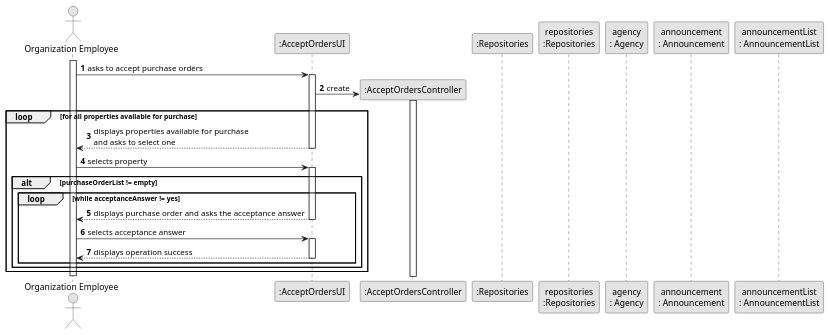
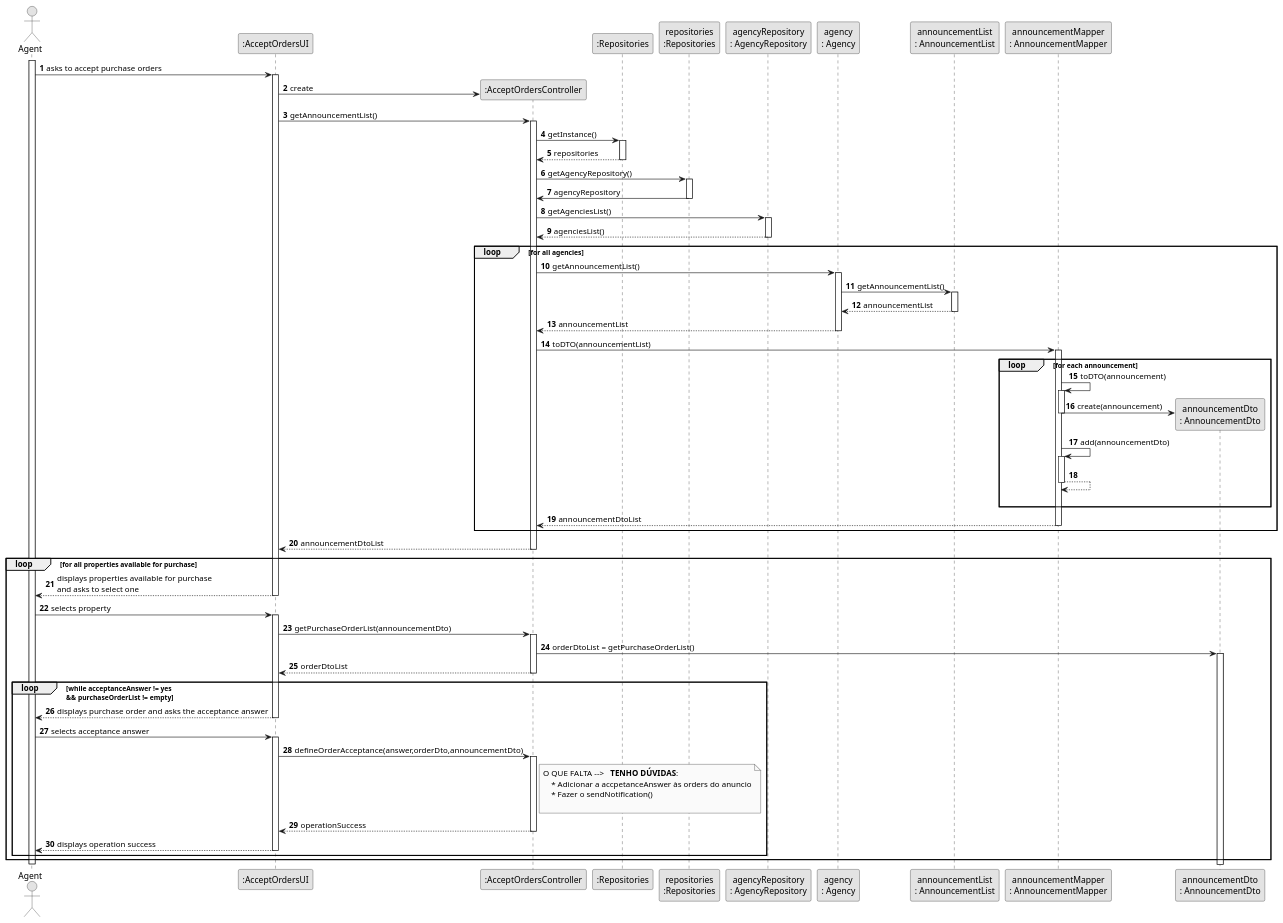
Before and after one commit to rita-barbosa/LAPR2-2223: the diagram in docs/sprintC/us011/03.design/puml/us011-sequence-diagram-full.puml, drawn with PlantUML.

Commit message:
Update sequence diagram: full [US011][Design]

```diff
--- a/docs/sprintC/us011/03.design/puml/us011-sequence-diagram-full.puml
+++ b/docs/sprintC/us011/03.design/puml/us011-sequence-diagram-full.puml
@@ -1,55 +1,143 @@
 @startuml
 skinparam monochrome true
 skinparam packageStyle rectangle
 skinparam shadowing false
 
 autonumber
 
 'hide footbox
-actor "Organization Employee" as ADM
+actor "Agent" as ADM
 participant ":AcceptOrdersUI" as UI
 participant ":AcceptOrdersController" as CTRL
 participant ":Repositories" as RepositorySingleton
 participant "repositories\n:Repositories" as PLAT
+participant "agencyRepository\n: AgencyRepository" as AgRep
 participant "agency\n: Agency" as AGENCY
-participant "announcement\n: Announcement" as ANNOUNC
-participant "announcementList\n: AnnouncementList"
+participant "announcementList\n: AnnouncementList" as AnnList
+participant "announcementMapper\n: AnnouncementMapper" as AnnMAPPER
+participant "announcementDto\n: AnnouncementDto" as AnnDTO
 
 activate ADM
     ADM -> UI : asks to accept purchase orders
     activate UI
 
     UI -> CTRL** : create
+
+    UI -> CTRL : getAnnouncementList()
     activate CTRL
+
+    CTRL -> RepositorySingleton : getInstance()
+    activate RepositorySingleton
+
+    RepositorySingleton --> CTRL : repositories
+    deactivate RepositorySingleton
+
+     CTRL -> PLAT :  getAgencyRepository()
+     activate PLAT
+
+     PLAT -> CTRL : agencyRepository
+     deactivate PLAT
+
+     CTRL-> AgRep : getAgenciesList()
+     activate AgRep
+
+     AgRep --> CTRL : agenciesList()
+     deactivate AgRep
+
+     loop for all agencies
+     CTRL -> AGENCY :  getAnnouncementList()
+     activate AGENCY
+
+     AGENCY -> AnnList : getAnnouncementList()
+     activate AnnList
+
+     AnnList --> AGENCY: announcementList
+     deactivate AnnList
+
+     AGENCY --> CTRL: announcementList
+     deactivate AGENCY
+
+     CTRL -> AnnMAPPER : toDTO(announcementList)
+     activate AnnMAPPER
+
+     loop for each announcement
+
+     AnnMAPPER -> AnnMAPPER : toDTO(announcement)
+     activate AnnMAPPER
+
+     AnnMAPPER -> AnnDTO**: create(announcement)
+    deactivate AnnMAPPER
+
+
+     AnnMAPPER -> AnnMAPPER: add(announcementDto)
+     activate AnnMAPPER
+     AnnMAPPER --> AnnMAPPER:
+     deactivate AnnMAPPER
+     |||
+     end loop
+
+     AnnMAPPER --> CTRL : announcementDtoList
+     deactivate AnnMAPPER
+
+     end loop
+
+    CTRL --> UI: announcementDtoList
+    deactivate CTRL
+
+
+
+
+
 
 
 
     loop for all properties available for purchase
 
     UI --> ADM : displays properties available for purchase \nand asks to select one
     deactivate UI
 
     ADM -> UI : selects property
     activate UI
 
-    alt purchaseOrderList != empty
-    loop while acceptanceAnswer != yes
+    UI -> CTRL: getPurchaseOrderList(announcementDto)
+    activate CTRL
+
+    CTRL -> AnnDTO : orderDtoList = getPurchaseOrderList()
+    activate AnnDTO
+
+
+
+
+    CTRL --> UI: orderDtoList
+    deactivate CTRL
+
+    loop while acceptanceAnswer != yes \n&& purchaseOrderList != empty
 
     UI -->  ADM: displays purchase order and asks the acceptance answer
     deactivate UI
 
     ADM -> UI  : selects acceptance answer
     activate UI
 
+    UI -> CTRL : defineOrderAcceptance(answer,orderDto,announcementDto)
+    activate CTRL
+        note right CTRL
+        O QUE FALTA -->  ** TENHO DÚVIDAS**:
+            * Adicionar a accpetanceAnswer às orders do anuncio
+            * Fazer o sendNotification()
+
+        end note
+    CTRL --> UI : operationSuccess
+    deactivate CTRL
+
     UI --> ADM : displays operation success
     deactivate UI
 
     end loop
-    end alt
     end loop
 
     deactivate ADM
 
 
 
 @enduml
```
